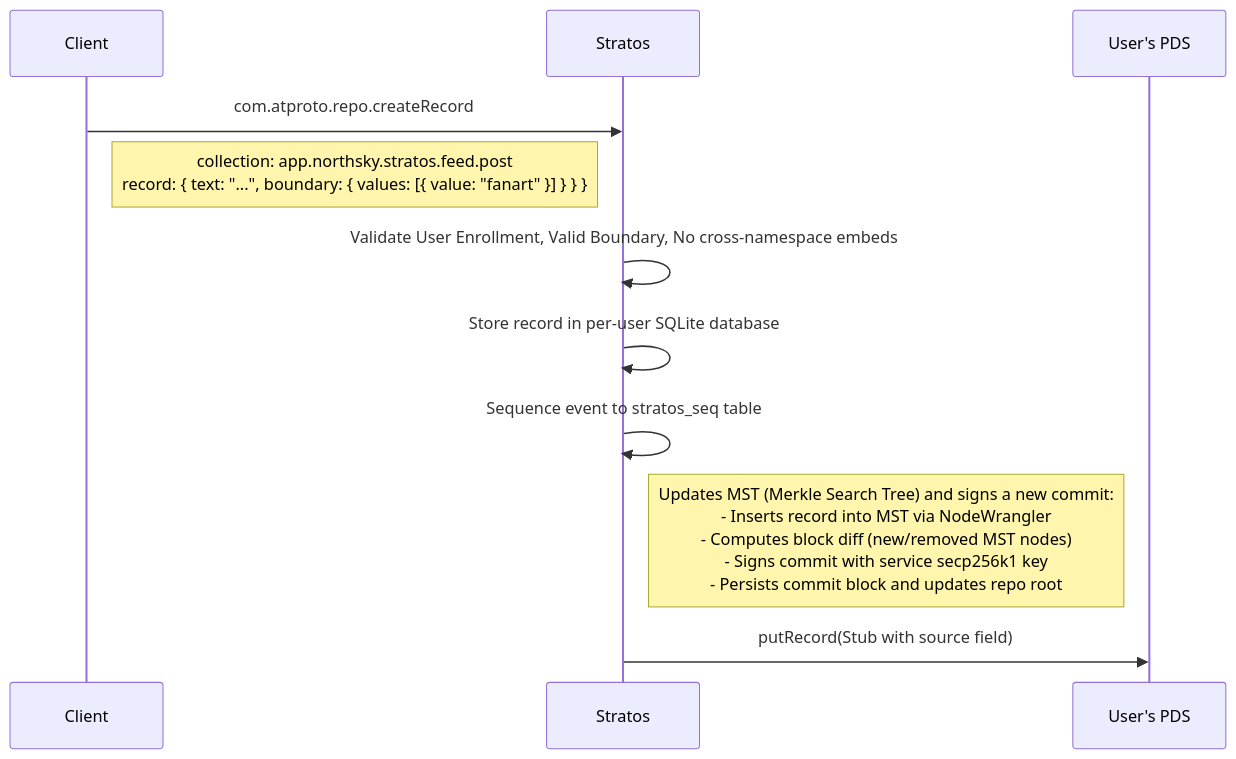
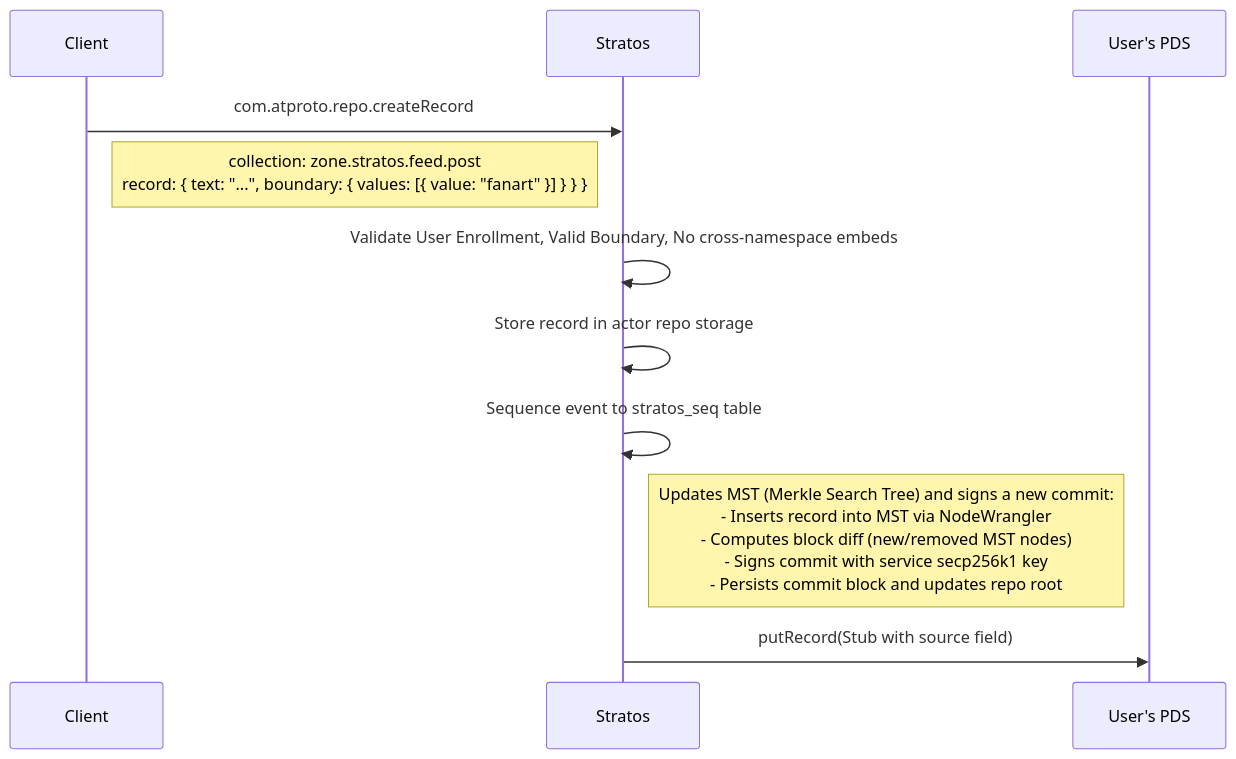
Before and after one commit to NorthskySocial/stratos: the third of 5 diagrams in docs/operator-guide.md, drawn with Mermaid. The commit also changed other lines of this file and 4 other files, not shown here.

````diff
--- a/docs/operator-guide.md
+++ b/docs/operator-guide.md
@@ -99,16 +99,16 @@
 ```mermaid
 sequenceDiagram
     participant C as Client
     participant S as Stratos
     participant P as User's PDS
 
     C->>S: com.atproto.repo.createRecord
-    Note right of C: collection: app.northsky.stratos.feed.post<br/>record: { text: "...", boundary: { values: [{ value: "fanart" }] } } }
+    Note right of C: collection: zone.stratos.feed.post<br/>record: { text: "...", boundary: { values: [{ value: "fanart" }] } } }
 
     S->>S: Validate User Enrollment, Valid Boundary, No cross-namespace embeds
-    S->>S: Store record in per-user SQLite database
+    S->>S: Store record in actor repo storage
     S->>S: Sequence event to stratos_seq table
     Note right of S: Updates MST (Merkle Search Tree) and signs a new commit:<br/>- Inserts record into MST via NodeWrangler<br/>- Computes block diff (new/removed MST nodes)<br/>- Signs commit with service secp256k1 key<br/>- Persists commit block and updates repo root
 
     S->>P: putRecord(Stub with source field)
 ```
````
